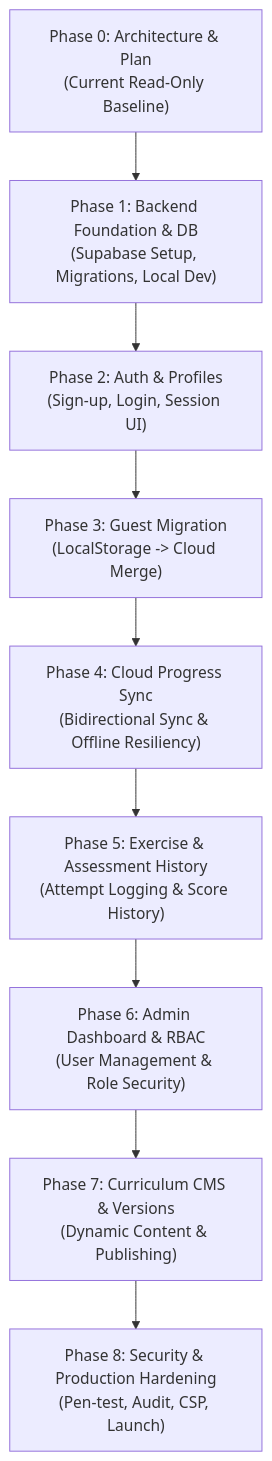
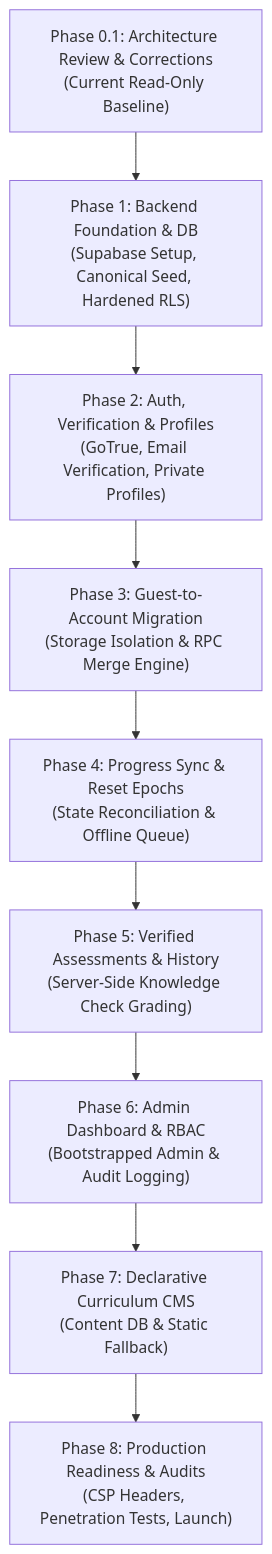
Before and after one commit to mms9000/javascript-learning: the second of 2 diagrams in backend-architecture-spec.md, drawn with Mermaid. The commit also changed other lines of this file, not shown here.

Commit message:
Backend plan update

````diff
--- a/backend-architecture-spec.md
+++ b/backend-architecture-spec.md
@@ -529,11 +600,11 @@
 ```mermaid
 flowchart TD
-    P0["Phase 0: Architecture & Plan<br/>(Current Read-Only Baseline)"] --> P1["Phase 1: Backend Foundation & DB<br/>(Supabase Setup, Migrations, Local Dev)"]
-    P1 --> P2["Phase 2: Auth & Profiles<br/>(Sign-up, Login, Session UI)"]
-    P2 --> P3["Phase 3: Guest Migration<br/>(LocalStorage -> Cloud Merge)"]
-    P3 --> P4["Phase 4: Cloud Progress Sync<br/>(Bidirectional Sync & Offline Resiliency)"]
-    P4 --> P5["Phase 5: Exercise & Assessment History<br/>(Attempt Logging & Score History)"]
-    P5 --> P6["Phase 6: Admin Dashboard & RBAC<br/>(User Management & Role Security)"]
-    P6 --> P7["Phase 7: Curriculum CMS & Versions<br/>(Dynamic Content & Publishing)"]
-    P7 --> P8["Phase 8: Security & Production Hardening<br/>(Pen-test, Audit, CSP, Launch)"]
+    P0["Phase 0.1: Architecture Review & Corrections<br/>(Current Read-Only Baseline)"] --> P1["Phase 1: Backend Foundation & DB<br/>(Supabase Setup, Canonical Seed, Hardened RLS)"]
+    P1 --> P2["Phase 2: Auth, Verification & Profiles<br/>(GoTrue, Email Verification, Private Profiles)"]
+    P2 --> P3["Phase 3: Guest-to-Account Migration<br/>(Storage Isolation & RPC Merge Engine)"]
+    P3 --> P4["Phase 4: Progress Sync & Reset Epochs<br/>(State Reconciliation & Offline Queue)"]
+    P4 --> P5["Phase 5: Verified Assessments & History<br/>(Server-Side Knowledge Check Grading)"]
+    P5 --> P6["Phase 6: Admin Dashboard & RBAC<br/>(Bootstrapped Admin & Audit Logging)"]
+    P6 --> P7["Phase 7: Declarative Curriculum CMS<br/>(Content DB & Static Fallback)"]
+    P7 --> P8["Phase 8: Production Readiness & Audits<br/>(CSP Headers, Penetration Tests, Launch)"]
 ```
````
